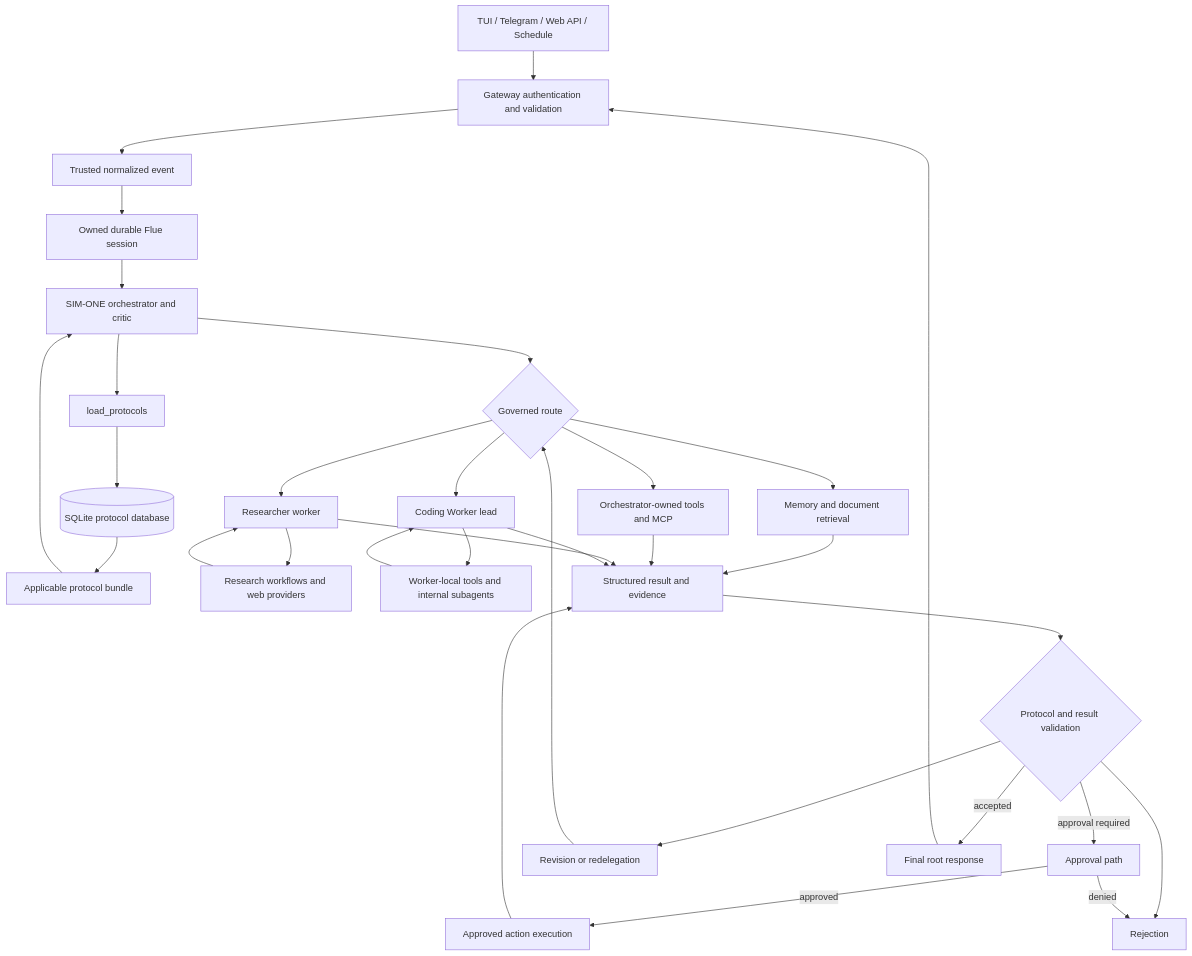
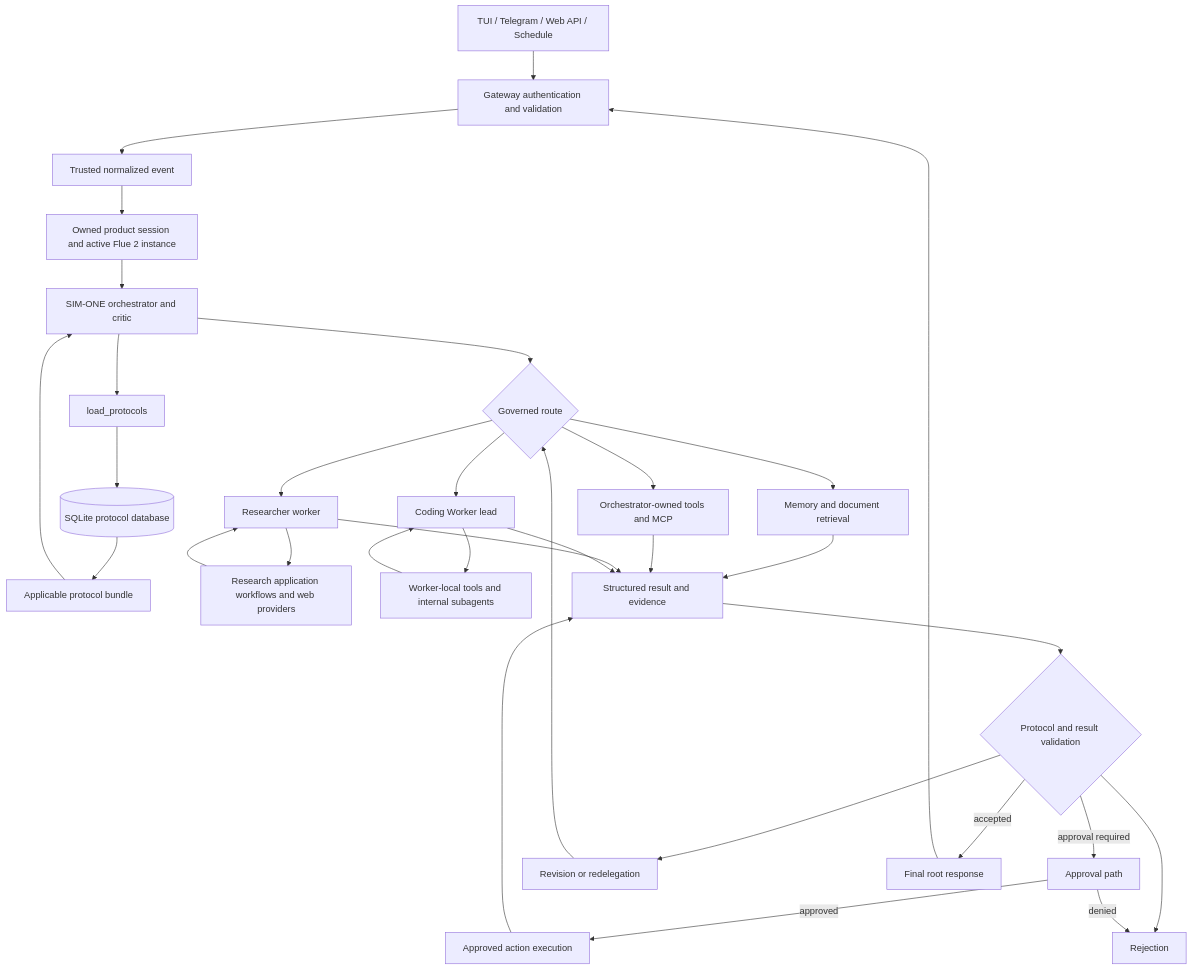
Before and after one commit to dansasser/astro-flue-agent: the diagram in docs/architecture/orchestrator-flow.md, drawn with Mermaid. The commit also changed other lines of this file and 36 other files, not shown here.

````diff
--- a/docs/architecture/orchestrator-flow.md
+++ b/docs/architecture/orchestrator-flow.md
@@ -16,57 +16,57 @@
 ```mermaid
 flowchart TD
     Ingress["TUI / Telegram / Web API / Schedule"]
     Gateway["Gateway authentication and validation"]
     Event["Trusted normalized event"]
-    Session["Owned durable Flue session"]
+    Session["Owned product session and active Flue 2 instance"]
     Orchestrator["SIM-ONE orchestrator and critic"]
     ProtocolTool["load_protocols"]
     ProtocolDB[("SQLite protocol database")]
     Bundle["Applicable protocol bundle"]
     Route{"Governed route"}
     Memory["Memory and document retrieval"]
     LocalTools["Orchestrator-owned tools and MCP"]
     Researcher["Researcher worker"]
-    Research["Research workflows and web providers"]
+    Research["Research application workflows and web providers"]
     Coding["Coding Worker lead"]
     Internal["Worker-local tools and internal subagents"]
     Result["Structured result and evidence"]
     Critic{"Protocol and result validation"}
     Approval["Approval path"]
     ApprovedAction["Approved action execution"]
     Revision["Revision or redelegation"]
     Rejection["Rejection"]
     Response["Final root response"]
 
     Ingress --> Gateway
     Gateway --> Event
     Event --> Session
     Session --> Orchestrator
     Orchestrator --> ProtocolTool
     ProtocolTool --> ProtocolDB
     ProtocolDB --> Bundle
     Bundle --> Orchestrator
     Orchestrator --> Route
     Route --> Memory
     Route --> LocalTools
     Route --> Researcher
     Researcher --> Research
     Route --> Coding
     Coding --> Internal
     Memory --> Result
     LocalTools --> Result
     Research --> Researcher
     Researcher --> Result
     Internal --> Coding
     Coding --> Result
     Result --> Critic
     Critic -->|approval required| Approval
     Critic --> Revision
     Revision --> Route
     Critic --> Rejection
     Critic -->|accepted| Response
     Approval -->|approved| ApprovedAction
     ApprovedAction --> Result
     Approval -->|denied| Rejection
     Response --> Gateway
 ```
````
